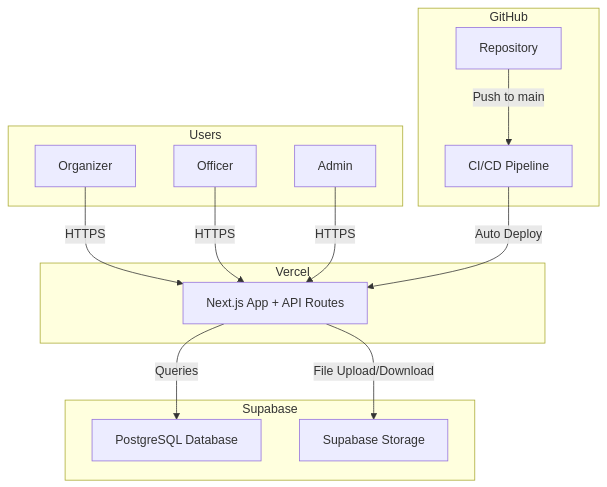
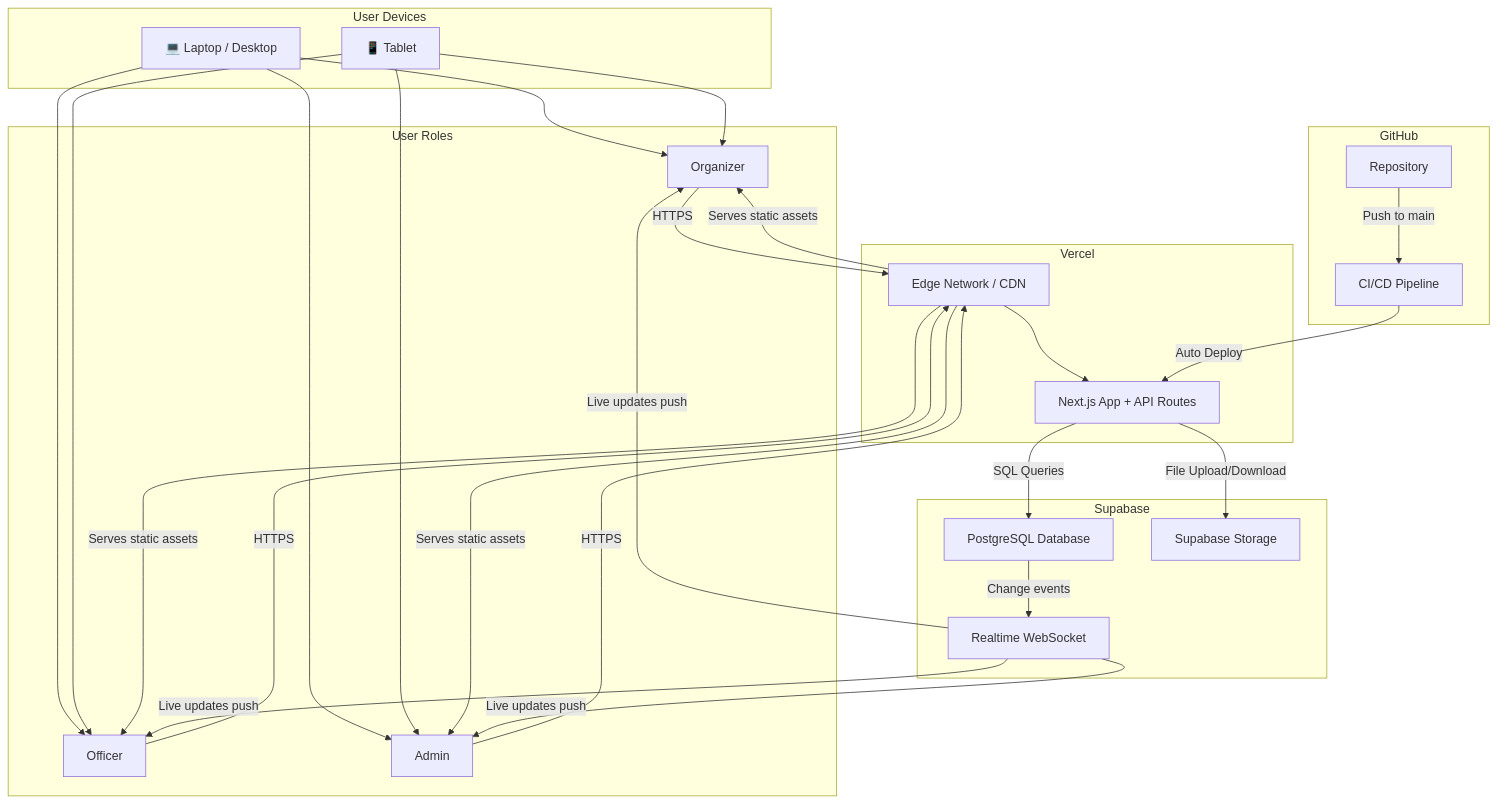
One commit to theoshi21/structura changed the first of 2 diagrams in infrastructure-diagram.md. Above: the diagram before and after it, drawn with Mermaid. The commit also changed other lines of this file and 84 other files, not shown here.

````diff
--- a/infrastructure-diagram.md
+++ b/infrastructure-diagram.md
@@ -9,28 +9,40 @@
 ```mermaid
 graph TB
-    subgraph Users
+    subgraph Devices["User Devices"]
+        LA[💻 Laptop / Desktop]
+        TB[📱 Tablet]
+    end
+
+    subgraph Users["User Roles"]
         A[Organizer]
         B[Officer]
         C[Admin]
     end
 
-    subgraph GitHub
+    subgraph GitHub["GitHub"]
         D[Repository]
         E[CI/CD Pipeline]
     end
 
-    subgraph Vercel
+    subgraph Vercel["Vercel"]
+        VE[Edge Network / CDN]
         F[Next.js App + API Routes]
     end
 
-    subgraph Supabase
+    subgraph Supabase["Supabase"]
         I[PostgreSQL Database]
         J[Supabase Storage]
+        K[Realtime WebSocket]
     end
 
-    A & B & C -->|HTTPS| F
+    LA & TB --> A & B & C
+    A & B & C -->|HTTPS| VE
+    VE -->|Serves static assets| A & B & C
+    VE --> F
     D -->|Push to main| E
     E -->|Auto Deploy| F
-    F -->|Queries| I
+    F -->|SQL Queries| I
     F -->|File Upload/Download| J
+    K -->|Live updates push| A & B & C
+    I -->|Change events| K
 ```
````
